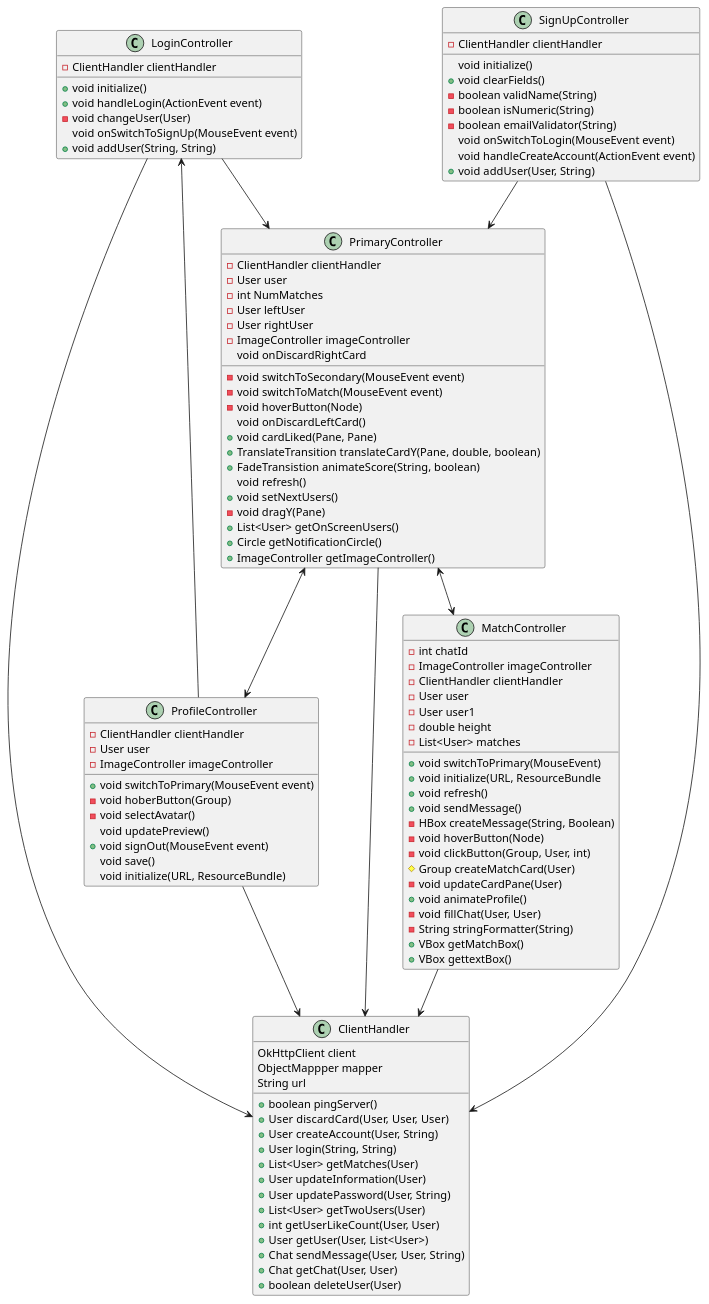
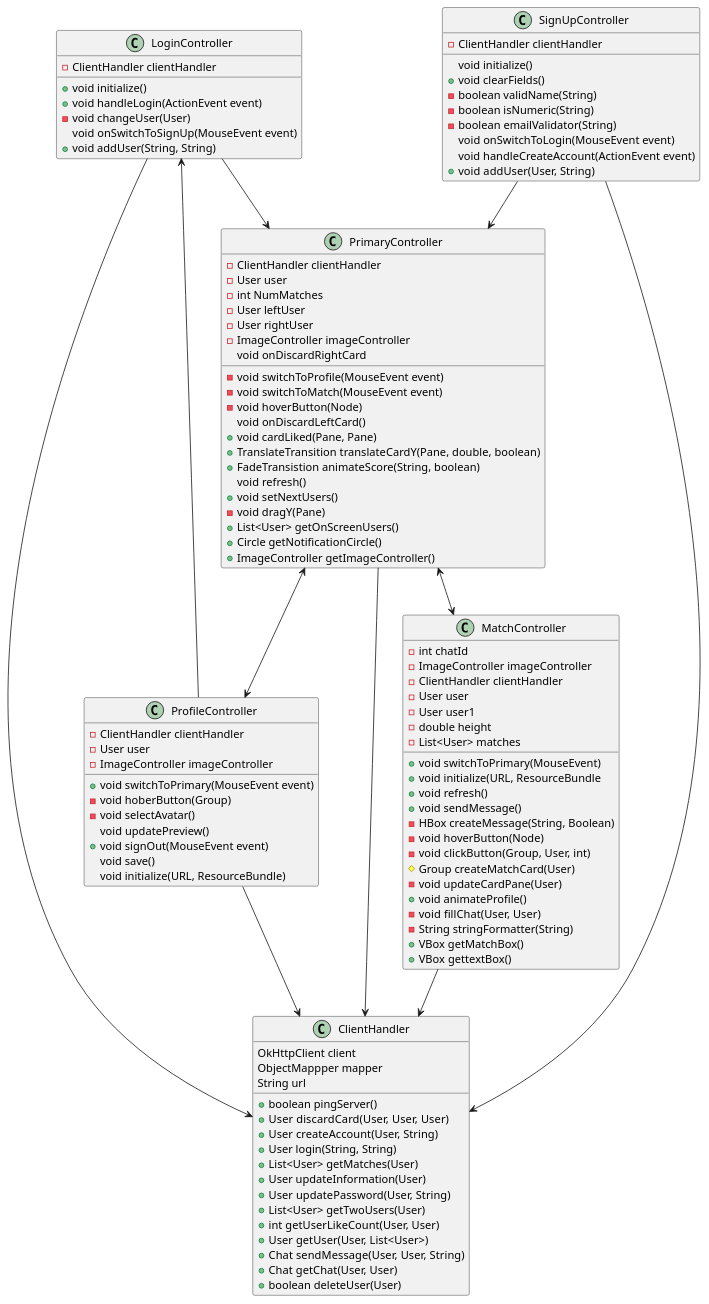
The diagram in docs/release3/diagrams/uiDiagram.plantUML (Tordsg/Xcitr), drawn with PlantUML before and after one commit. The commit also changed 3 other files, not shown here.

Commit message:
changed secondary to profile

```diff
--- a/docs/release3/diagrams/uiDiagram.plantUML
+++ b/docs/release3/diagrams/uiDiagram.plantUML
@@ -1,118 +1,118 @@
 @startuml uiDiagram
 
 class ClientHandler{
     OkHttpClient client
     ObjectMappper mapper
     String url
     +boolean pingServer()
     +User discardCard(User, User, User)
     +User createAccount(User, String)
     +User login(String, String)
     +List<User> getMatches(User)
     +User updateInformation(User)
     +User updatePassword(User, String)
     +List<User> getTwoUsers(User)
     +int getUserLikeCount(User, User)
     +User getUser(User, List<User>)
     +Chat sendMessage(User, User, String)
     +Chat getChat(User, User)
     +boolean deleteUser(User)
 }
 
 class LoginController{
     -ClientHandler clientHandler
     +void initialize()
     +void handleLogin(ActionEvent event)
     -void changeUser(User)
     void onSwitchToSignUp(MouseEvent event)
     +void addUser(String, String)
 
 }
 
 class SignUpController{
      -ClientHandler clientHandler
      void initialize()
      +void clearFields()
      -boolean validName(String)
      -boolean isNumeric(String)
      -boolean emailValidator(String)
      void onSwitchToLogin(MouseEvent event)
      void handleCreateAccount(ActionEvent event)
      +void addUser(User, String)
 
 
 }
 
 class PrimaryController{
     -ClientHandler clientHandler
     -User user
     -int NumMatches
     -User leftUser
     -User rightUser
     -ImageController imageController
-    -void switchToSecondary(MouseEvent event)
+    -void switchToProfile(MouseEvent event)
     -void switchToMatch(MouseEvent event)
     -void hoverButton(Node)
     void onDiscardLeftCard()
     void onDiscardRightCard
     +void cardLiked(Pane, Pane)
     +TranslateTransition translateCardY(Pane, double, boolean)
     +FadeTransistion animateScore(String, boolean)
     void refresh()
     +void setNextUsers()
     -void dragY(Pane)
     +List<User> getOnScreenUsers()
     +Circle getNotificationCircle()
     +ImageController getImageController()
 }
 class ProfileController{
     -ClientHandler clientHandler
     -User user
     -ImageController imageController
     +void switchToPrimary(MouseEvent event)
     -void hoberButton(Group)
     -void selectAvatar()
     void updatePreview()
     +void signOut(MouseEvent event)
     void save()
     void initialize(URL, ResourceBundle)
 
 }
 class MatchController{
     -int chatId
     -ImageController imageController
     -ClientHandler clientHandler
     -User user
     -User user1
     -double height
     -List<User> matches
     +void switchToPrimary(MouseEvent)
     +void initialize(URL, ResourceBundle
     +void refresh()
     +void sendMessage()
     -HBox createMessage(String, Boolean)
     -void hoverButton(Node)
     -void clickButton(Group, User, int)
     #Group createMatchCard(User)
     -void updateCardPane(User)
     +void animateProfile()
     -void fillChat(User, User)
     -String stringFormatter(String)
     +VBox getMatchBox()
     +VBox gettextBox()
 }
 LoginController --> ClientHandler
 SignUpController --> ClientHandler
 PrimaryController --> ClientHandler
 ProfileController --> ClientHandler
 MatchController --> ClientHandler
 
 
 LoginController --> PrimaryController
 SignUpController --> PrimaryController
 PrimaryController <--> ProfileController
 PrimaryController <--> MatchController
 ProfileController --> LoginController
 
 
 @enduml
```
